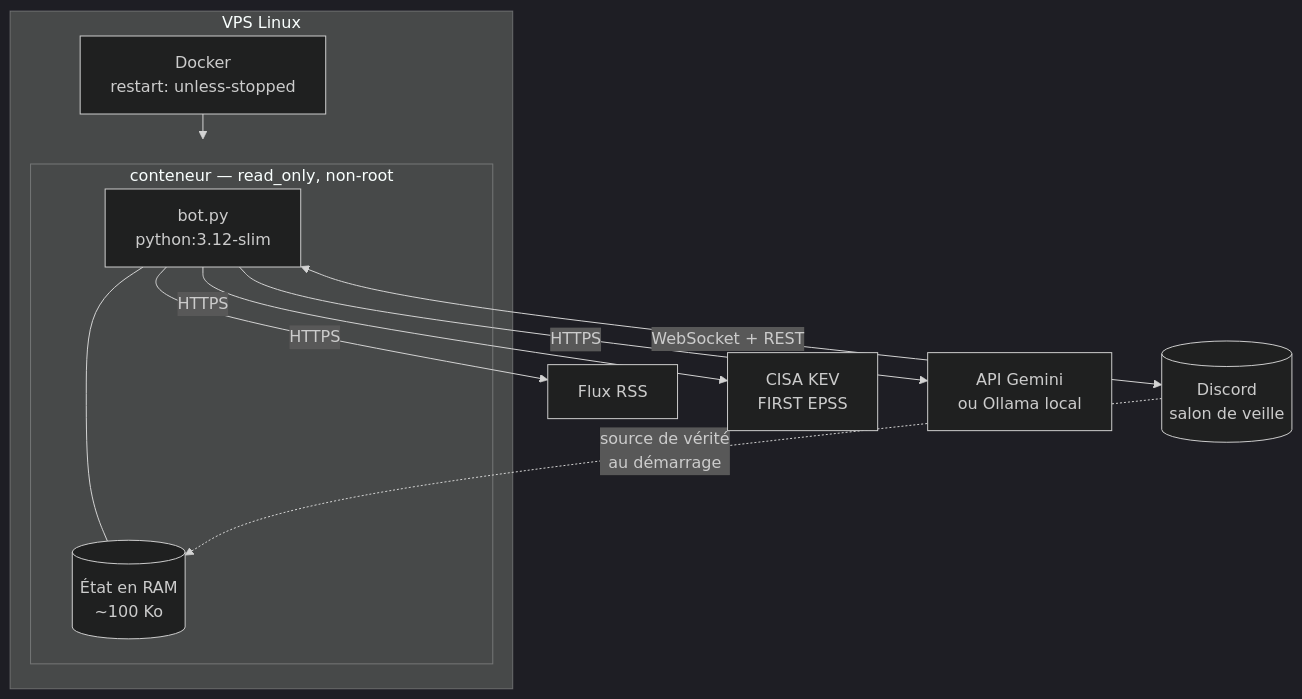
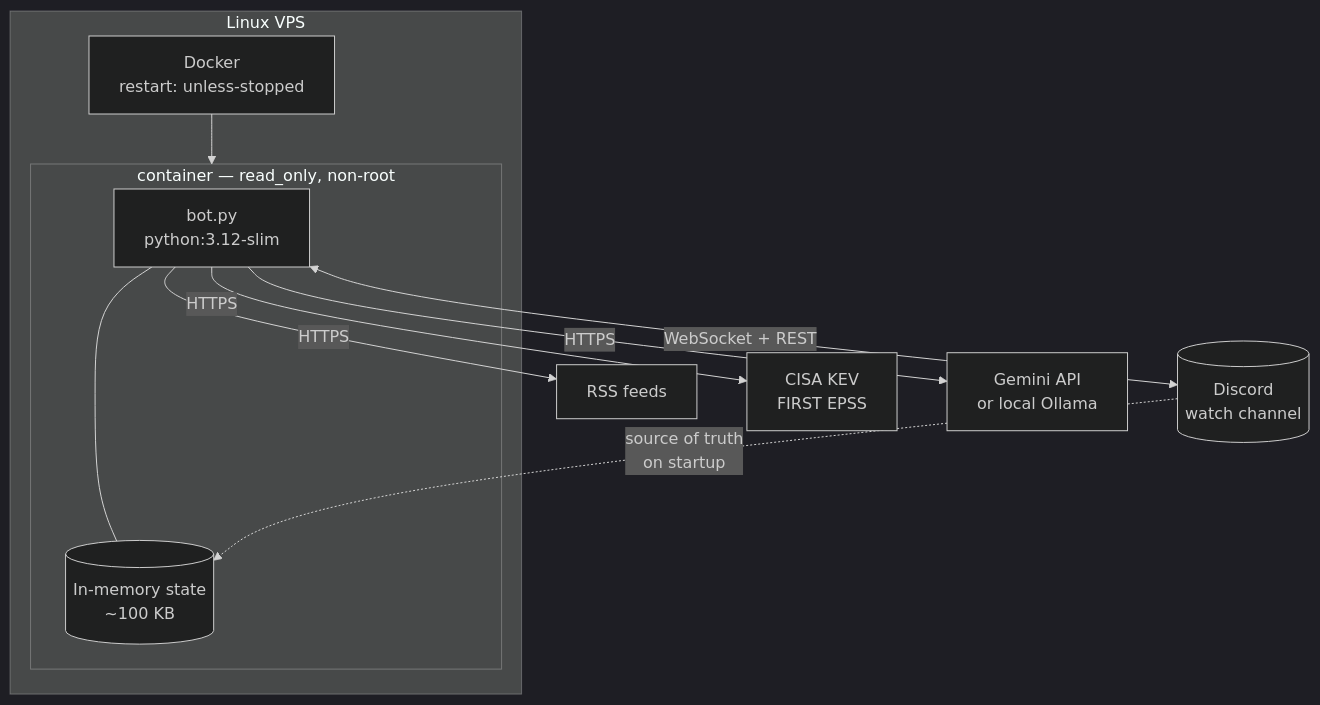
Before and after one commit to Gemukii/CyberWatch: the second of 2 diagrams in README.md, drawn with Mermaid (dark theme). The commit also changed other lines of this file and 24 other files, not shown here.

````diff
--- a/README.md
+++ b/README.md
@@ -41,17 +41,17 @@
 ```mermaid
 flowchart TB
-    subgraph vps["VPS Linux"]
-        subgraph docker["conteneur — read_only, non-root"]
+    subgraph vps["Linux VPS"]
+        subgraph docker["container — read_only, non-root"]
             BOT[bot.py<br/>python:3.12-slim]
-            BOT --- MEM[(État en RAM<br/>~100 Ko)]
+            BOT --- MEM[(In-memory state<br/>~100 KB)]
         end
         DK[Docker<br/>restart: unless-stopped] --> docker
     end
 
-    BOT -->|HTTPS| RSS[Flux RSS]
+    BOT -->|HTTPS| RSS[RSS feeds]
     BOT -->|HTTPS| CISA[CISA KEV<br/>FIRST EPSS]
-    BOT -->|HTTPS| AI[API Gemini<br/>ou Ollama local]
-    BOT <-->|WebSocket + REST| DISCORD[(Discord<br/>salon de veille)]
+    BOT -->|HTTPS| AI[Gemini API<br/>or local Ollama]
+    BOT <-->|WebSocket + REST| DISCORD[(Discord<br/>watch channel)]
 
-    DISCORD -.->|source de vérité<br/>au démarrage| MEM
+    DISCORD -.->|source of truth<br/>on startup| MEM
 ```
````
